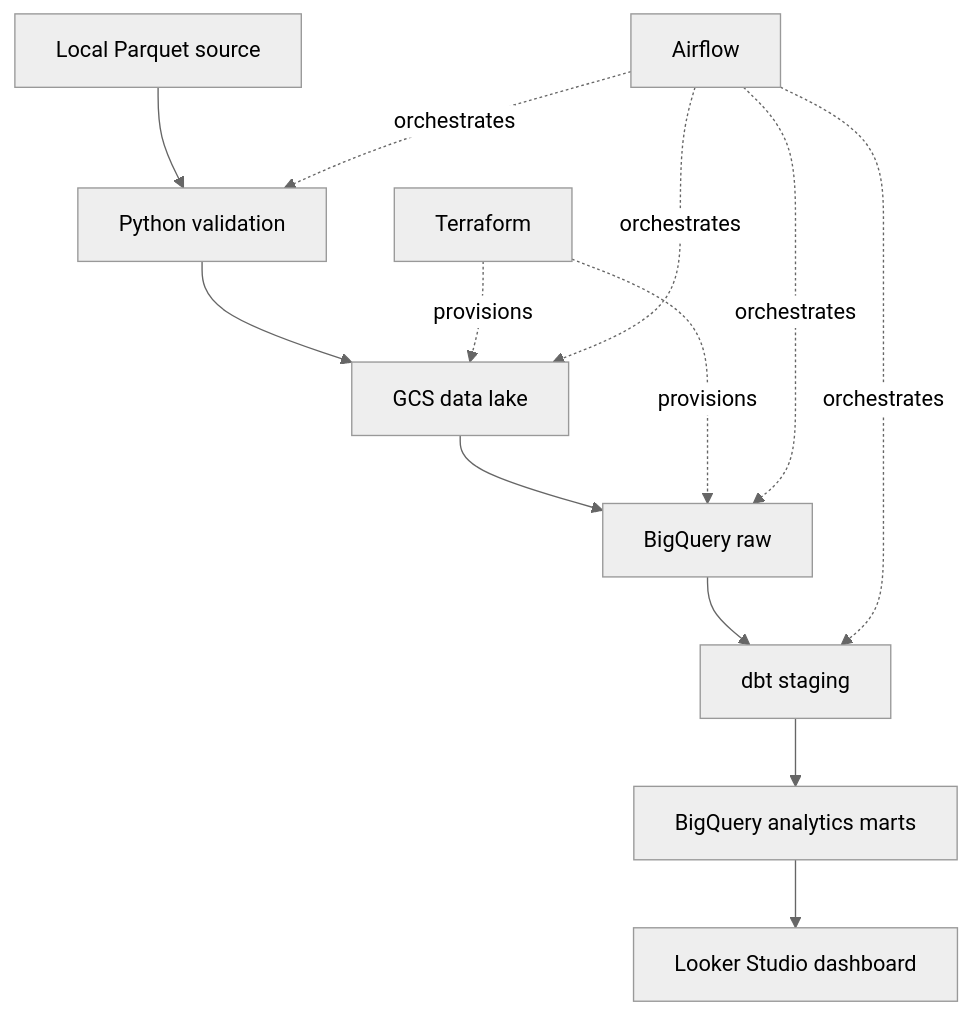
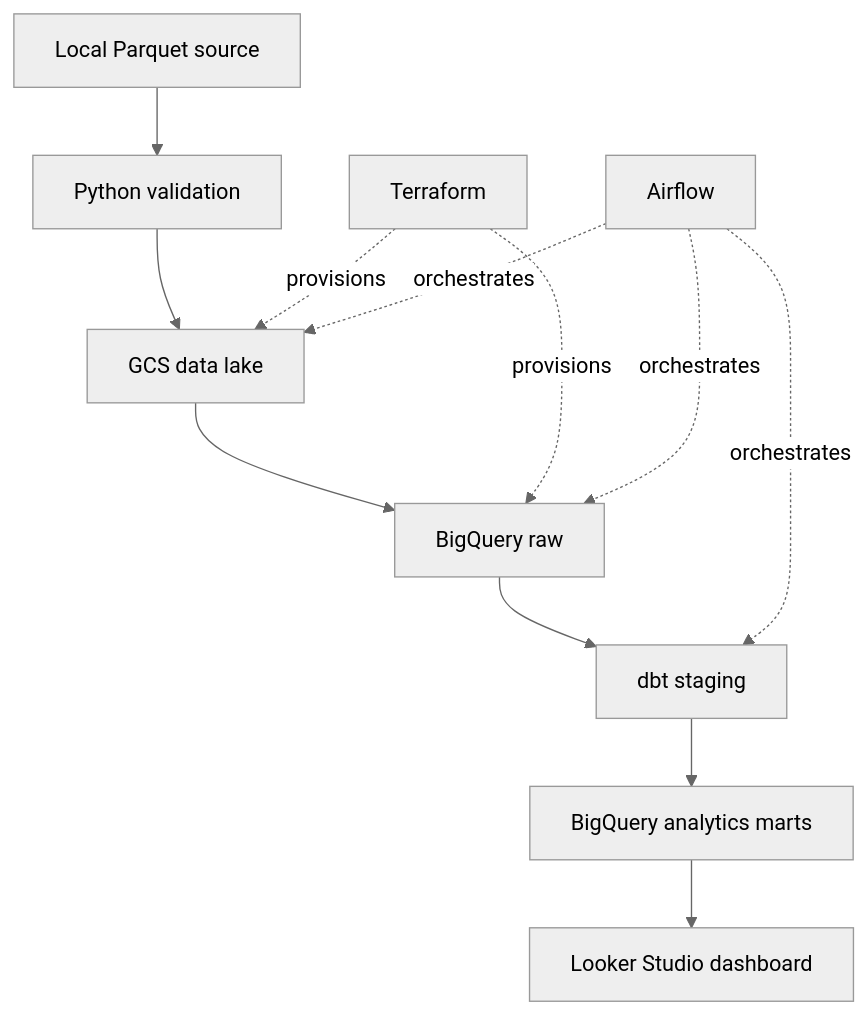
One commit to fatemeh-Salmani1/paris-velib-availability-pipeline changed the diagram in README.md. Above: the diagram before and after it, drawn with Mermaid (neutral theme).

````diff
--- a/README.md
+++ b/README.md
@@ -54,17 +54,16 @@
 ```mermaid
 flowchart TD
     A["Local Parquet source"] --> B["Python validation"]
     B --> C["GCS data lake"]
     C --> D["BigQuery raw"]
     D --> E["dbt staging"]
     E --> F["BigQuery analytics marts"]
     F --> G["Looker Studio dashboard"]
 
     H["Terraform"] -. provisions .-> C
     H -. provisions .-> D
     
-    I["Airflow"] -. orchestrates .-> B
-    I -. orchestrates .-> C
+    I["Airflow"] -. orchestrates .-> C
     I -. orchestrates .-> D
     I -. orchestrates .-> E
 ```
````
